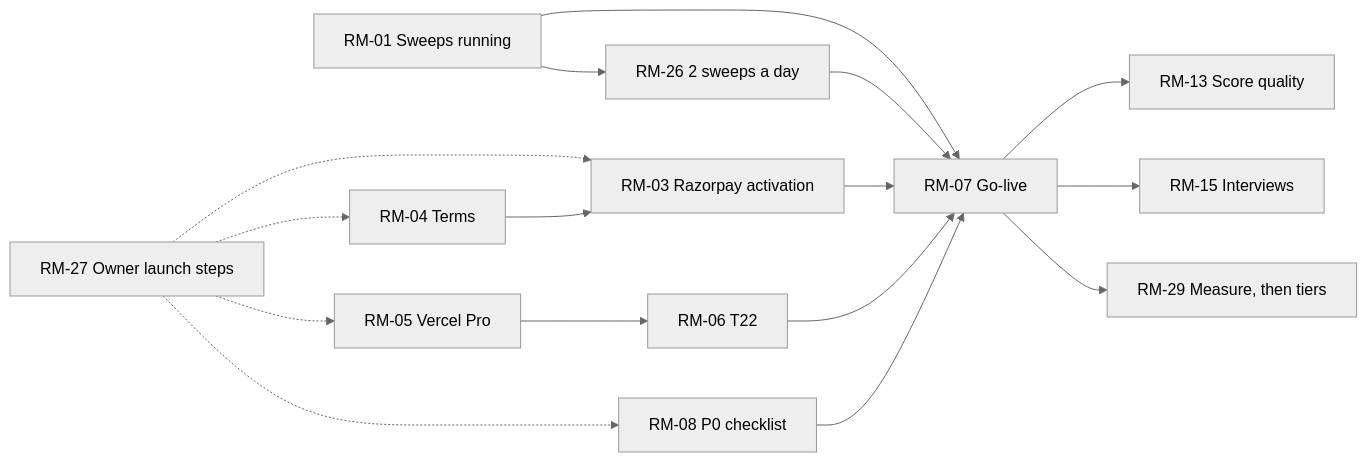
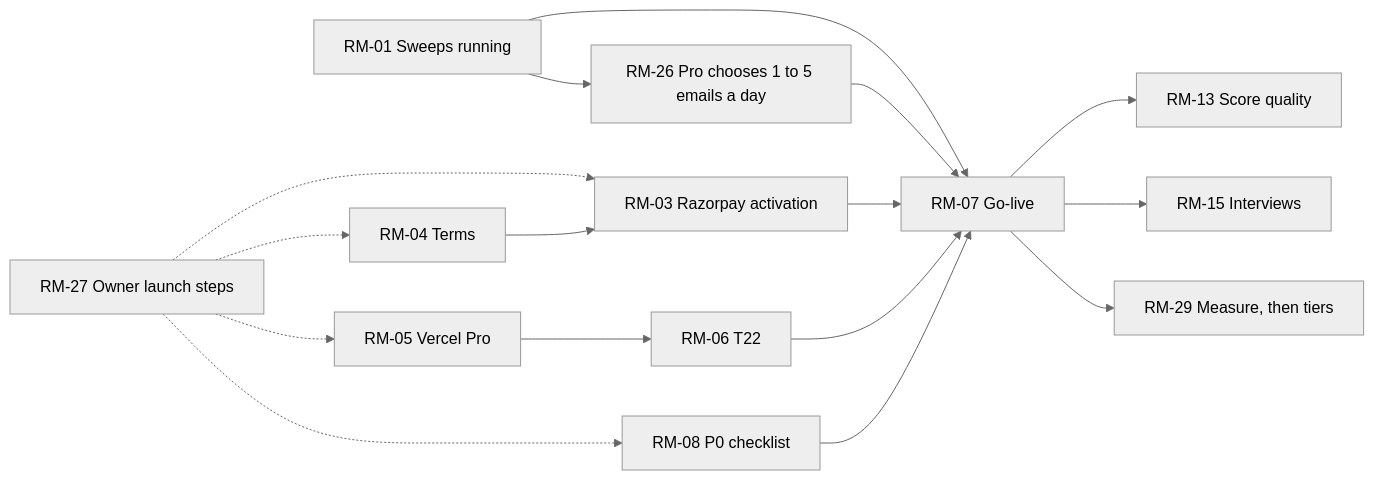
Before and after one commit to bhawnamanglapm/travel-problem-radar-case-study: the diagram in pm/04-planning-and-governance/roadmap.md, drawn with Mermaid (neutral theme).

Commit message:
Roadmap: RM-26's diagram label says 1 to 5 a day (T32)

````diff
--- a/pm/04-planning-and-governance/roadmap.md
+++ b/pm/04-planning-and-governance/roadmap.md
@@ -54,12 +54,12 @@
 ```mermaid
 flowchart LR
   RM01["RM-01 Sweeps running"] --> RM07
-  RM01 --> RM26["RM-26 2 sweeps a day"] --> RM07
+  RM01 --> RM26["RM-26 Pro chooses 1 to 5 emails a day"] --> RM07
   RM27["RM-27 Owner launch steps"] -.-> RM03 & RM04 & RM05 & RM08
   RM04["RM-04 Terms"] --> RM03["RM-03 Razorpay activation"] --> RM07["RM-07 Go-live"]
   RM05["RM-05 Vercel Pro"] --> RM06["RM-06 T22"] --> RM07
   RM08["RM-08 P0 checklist"] --> RM07
   RM07 --> RM13["RM-13 Score quality"]
   RM07 --> RM15["RM-15 Interviews"]
   RM07 --> RM29["RM-29 Measure, then tiers"]
 ```
````
